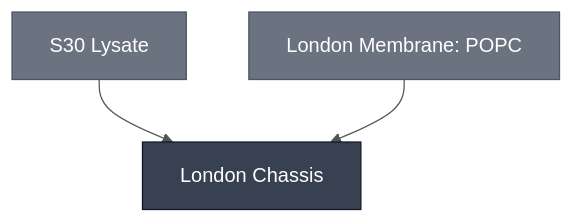
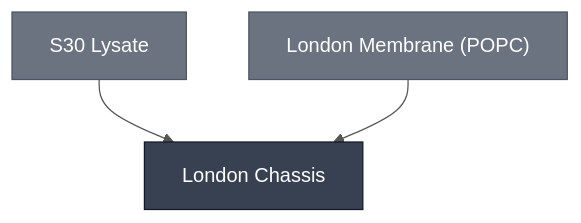
Before and after one commit to nucleus-eng/nucleus-docs: the diagram in docs/modules/london-chassis/spec.md, drawn with Mermaid. The commit also changed other lines of this file and 7 other files, not shown here.

````diff
--- a/docs/modules/london-chassis/spec.md
+++ b/docs/modules/london-chassis/spec.md
@@ -47,19 +17,19 @@
 ```mermaid
 %%{init: {'theme': 'base', 'themeVariables': {'lineColor': '#555555', 'edgeLabelBackground': '#ffffff'}}}%%
 flowchart TD
     LONDON_CHASSIS["London Chassis"]
-    MEMBRANE_POPC["London Membrane: POPC"]
+    MEMBRANE_POPC["London Membrane (POPC)"]
     S30_LYSATE["S30 Lysate"]
 
     S30_LYSATE --> LONDON_CHASSIS
     MEMBRANE_POPC --> LONDON_CHASSIS
 
     classDef constituent fill:#6B7280,color:#ffffff,stroke:#4B5563;
     classDef this fill:#374151,color:#ffffff,stroke:#111827;
     class MEMBRANE_POPC,S30_LYSATE constituent;
     class LONDON_CHASSIS this;
 
     click LONDON_CHASSIS "/docs/modules/london-chassis/spec"
     click MEMBRANE_POPC "/docs/modules/membrane-popc/spec"
     click S30_LYSATE "/docs/modules/s30-lysate/spec"
 ```
````
